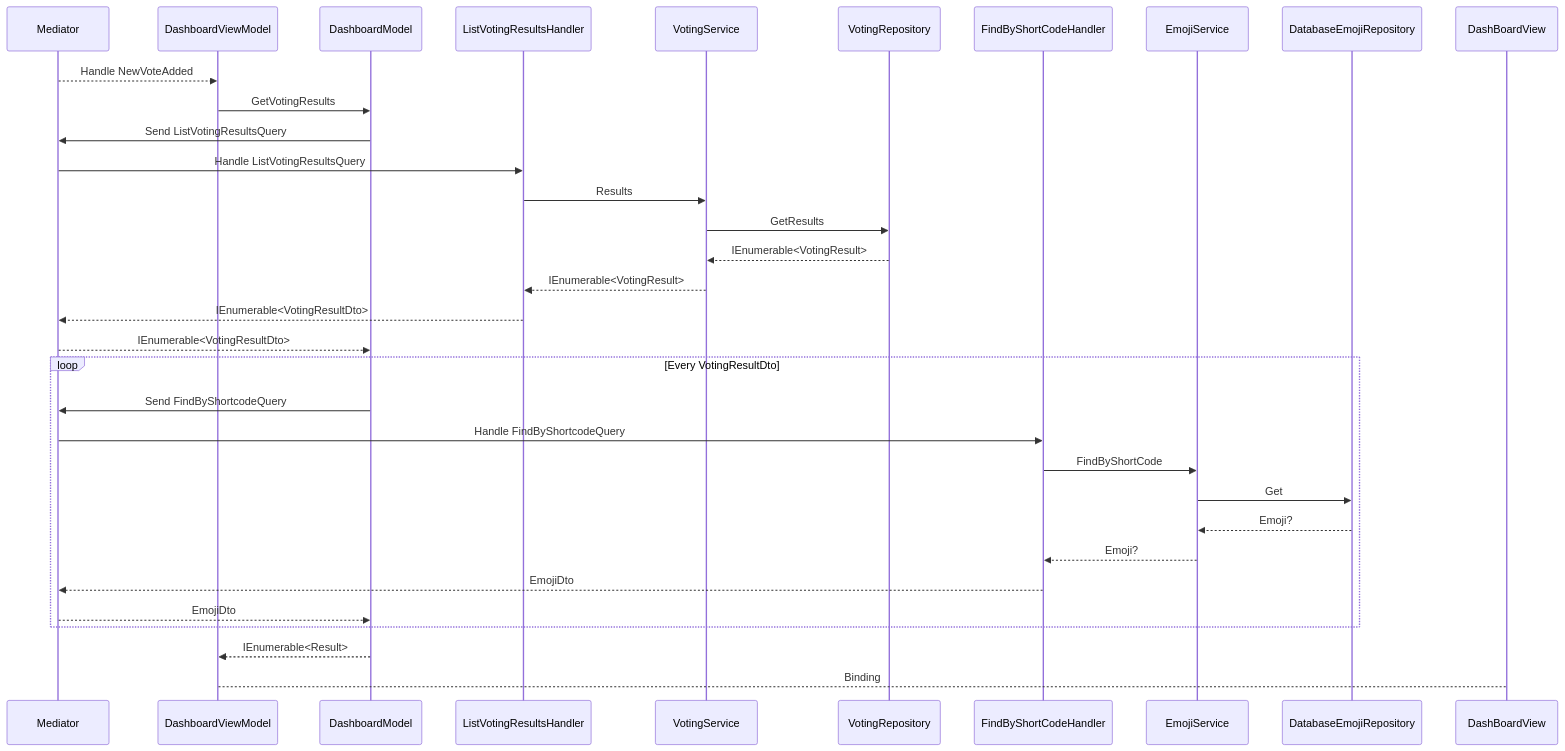
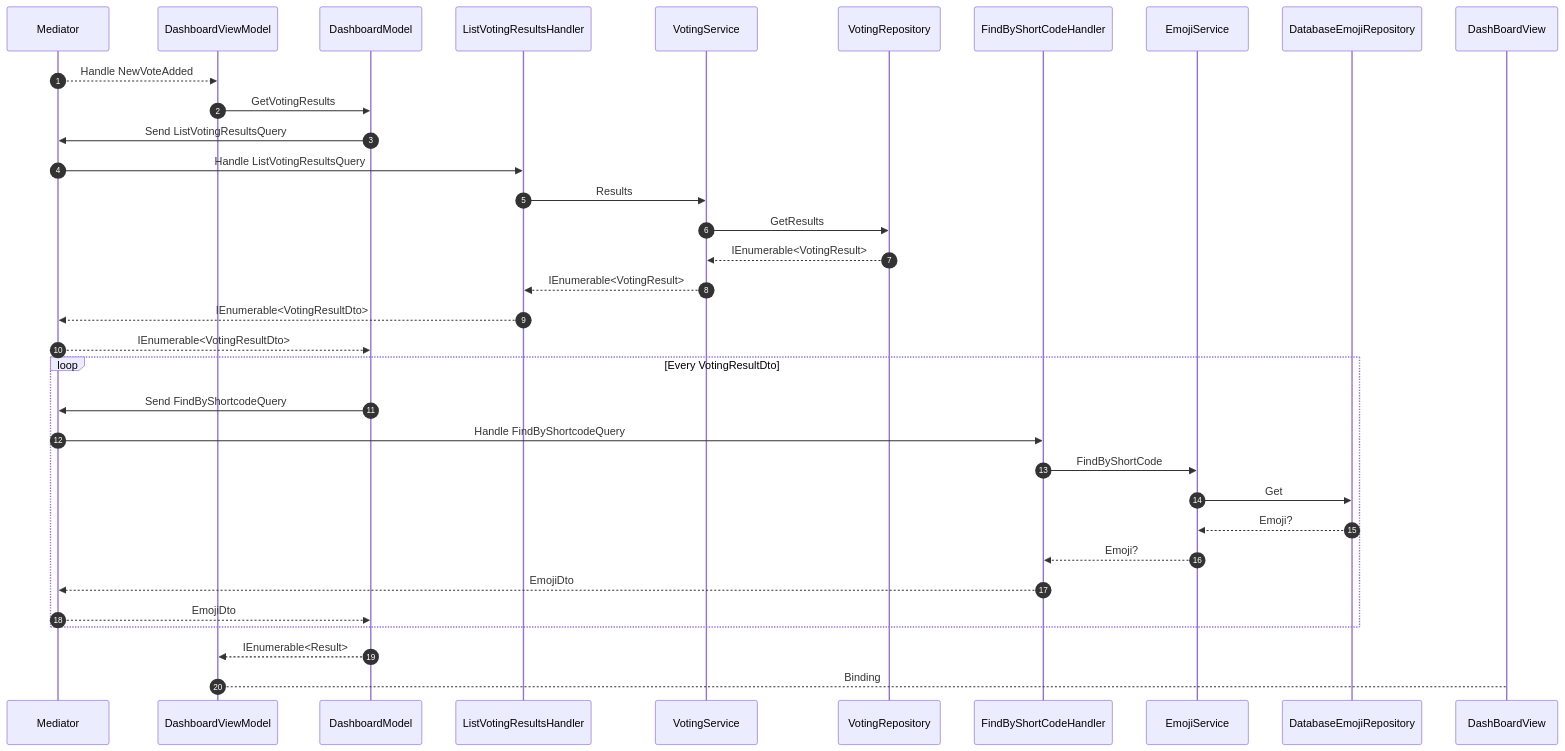
One commit to bravecobra/gui_study changed the fourth of 5 diagrams in README.md. Above: the diagram before and after it, drawn with Mermaid. The commit also changed other lines of this file, not shown here.

````diff
--- a/README.md
+++ b/README.md
@@ -66,25 +66,26 @@
 ```mermaid
 sequenceDiagram
+    autonumber
     Mediator-->>DashboardViewModel: Handle NewVoteAdded
     DashboardViewModel->>DashboardModel:GetVotingResults
     DashboardModel->>Mediator:Send ListVotingResultsQuery
     Mediator->>ListVotingResultsHandler:Handle ListVotingResultsQuery
     ListVotingResultsHandler->>VotingService:Results
     VotingService->>VotingRepository:GetResults
     VotingRepository-->>VotingService:IEnumerable<VotingResult>
     VotingService-->>ListVotingResultsHandler:IEnumerable<VotingResult>
     ListVotingResultsHandler-->>Mediator:IEnumerable<VotingResultDto>
     Mediator-->>DashboardModel:IEnumerable<VotingResultDto>
     loop Every VotingResultDto
         DashboardModel->>Mediator:Send FindByShortcodeQuery
         Mediator->>FindByShortCodeHandler:Handle FindByShortcodeQuery
         FindByShortCodeHandler->>EmojiService:FindByShortCode
         EmojiService->>DatabaseEmojiRepository:Get
         DatabaseEmojiRepository-->>EmojiService:Emoji?
         EmojiService-->>FindByShortCodeHandler:Emoji?
         FindByShortCodeHandler-->>Mediator:EmojiDto
         Mediator-->>DashboardModel:EmojiDto
     end
     DashboardModel-->>DashboardViewModel:IEnumerable<Result>
     DashboardViewModel-->DashBoardView: Binding
 ```
````
